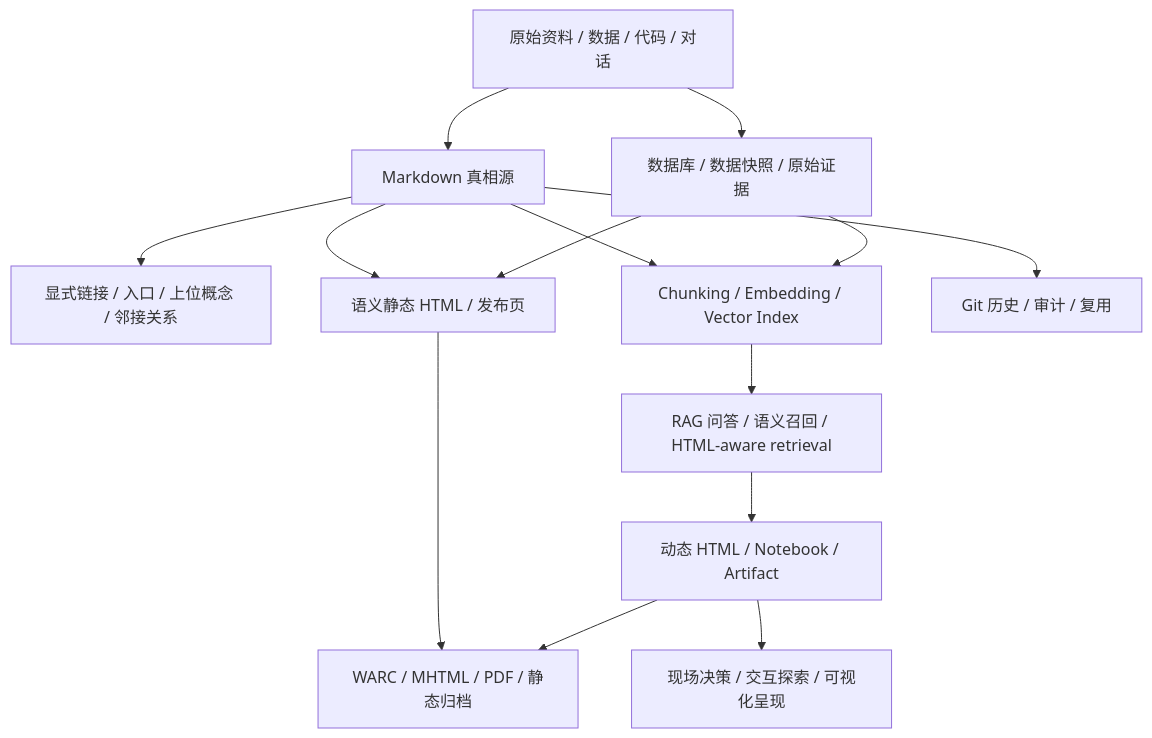
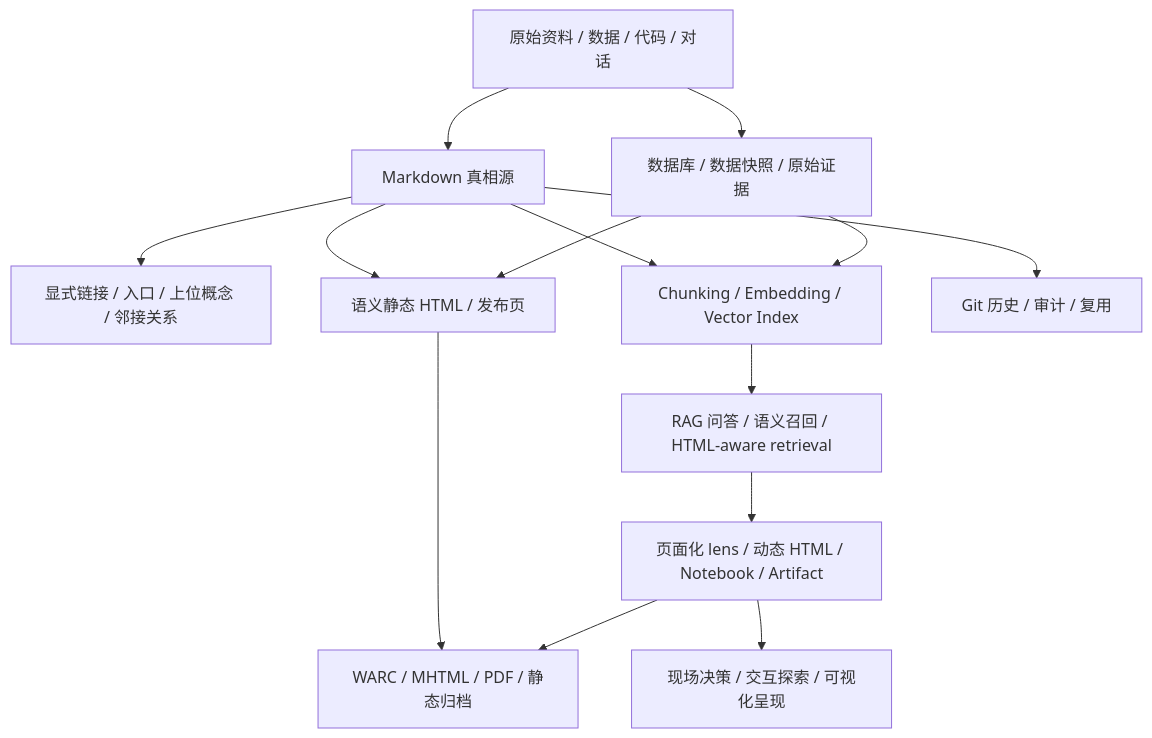
Before and after one commit to smartadpole/DocAgent: the diagram in articles/2026-06-05-ai-era-information-presentation-research.md, drawn with Mermaid. The commit also changed other lines of this file and 4 other files, not shown here.

````diff
--- a/articles/2026-06-05-ai-era-information-presentation-research.md
+++ b/articles/2026-06-05-ai-era-information-presentation-research.md
@@ -372,16 +404,16 @@
 ```mermaid
 flowchart TD
   A["原始资料 / 数据 / 代码 / 对话"] --> B["Markdown 真相源"]
   A --> C["数据库 / 数据快照 / 原始证据"]
   B --> D["显式链接 / 入口 / 上位概念 / 邻接关系"]
   B --> E["Chunking / Embedding / Vector Index"]
   C --> E
   E --> F["RAG 问答 / 语义召回 / HTML-aware retrieval"]
   B --> G["语义静态 HTML / 发布页"]
   C --> G
-  F --> H["动态 HTML / Notebook / Artifact"]
+  F --> H["页面化 lens / 动态 HTML / Notebook / Artifact"]
   G --> I["WARC / MHTML / PDF / 静态归档"]
   H --> I
   H --> J["现场决策 / 交互探索 / 可视化呈现"]
   B --> K["Git 历史 / 审计 / 复用"]
 ```
````
